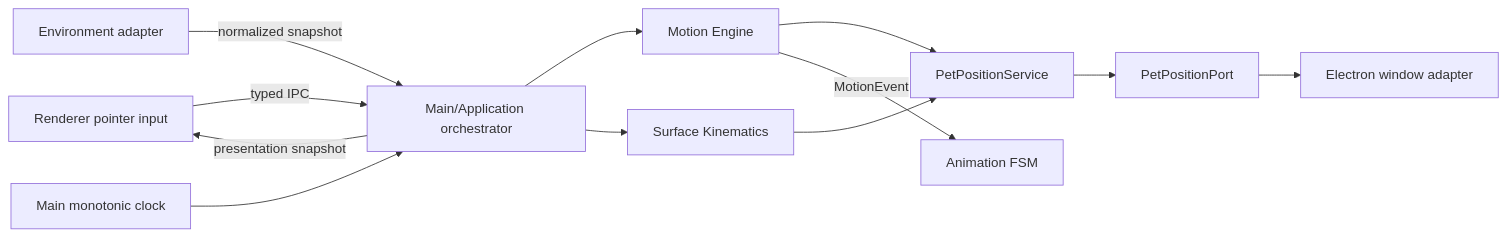
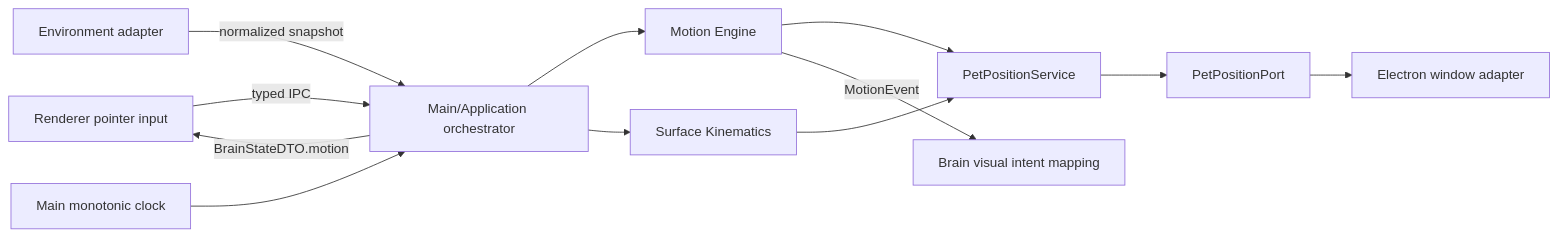
Before and after one commit to zyzycode/project_wisp: the first of 3 diagrams in docs/engine/MOTION_ENGINE.md, drawn with Mermaid. The commit also changed other lines of this file and 12 other files, not shown here.

Commit message:
feat(architect): define Brain Body Skin contracts (AUTO-A08)

````diff
--- a/docs/engine/MOTION_ENGINE.md
+++ b/docs/engine/MOTION_ENGINE.md
@@ -9,14 +9,14 @@
 ```mermaid
 flowchart LR
   R[Renderer pointer input] -->|typed IPC| O[Main/Application orchestrator]
   E[Environment adapter] -->|normalized snapshot| O
   C[Main monotonic clock] --> O
   O --> M[Motion Engine]
   O --> S[Surface Kinematics]
   M --> P[PetPositionService]
   S --> P
   P --> PP[PetPositionPort]
   PP --> W[Electron window adapter]
-  M -->|MotionEvent| A[Animation FSM]
-  O -->|presentation snapshot| R
+  M -->|MotionEvent| A[Brain visual intent mapping]
+  O -->|BrainStateDTO.motion| R
 ```
````
